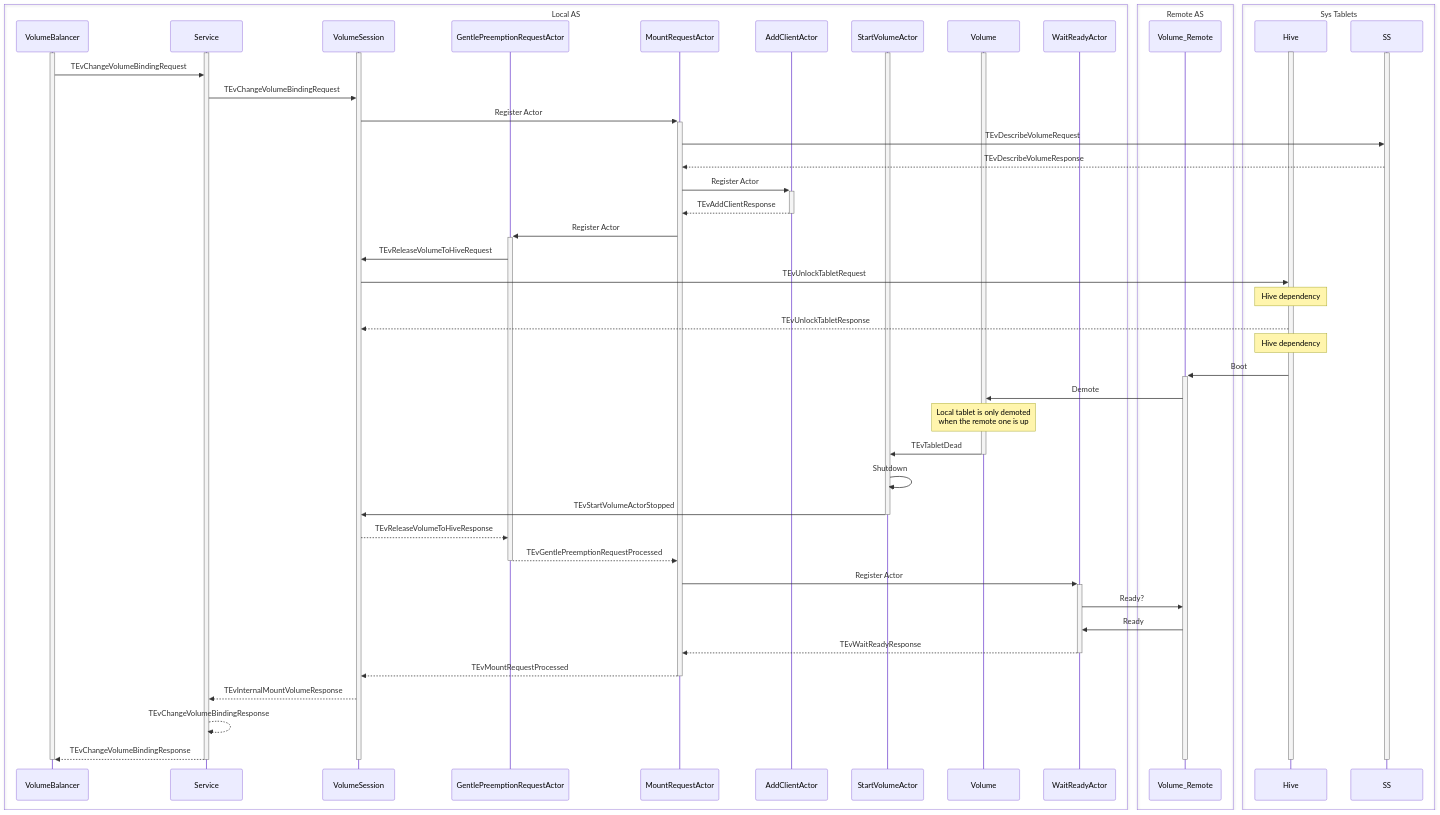
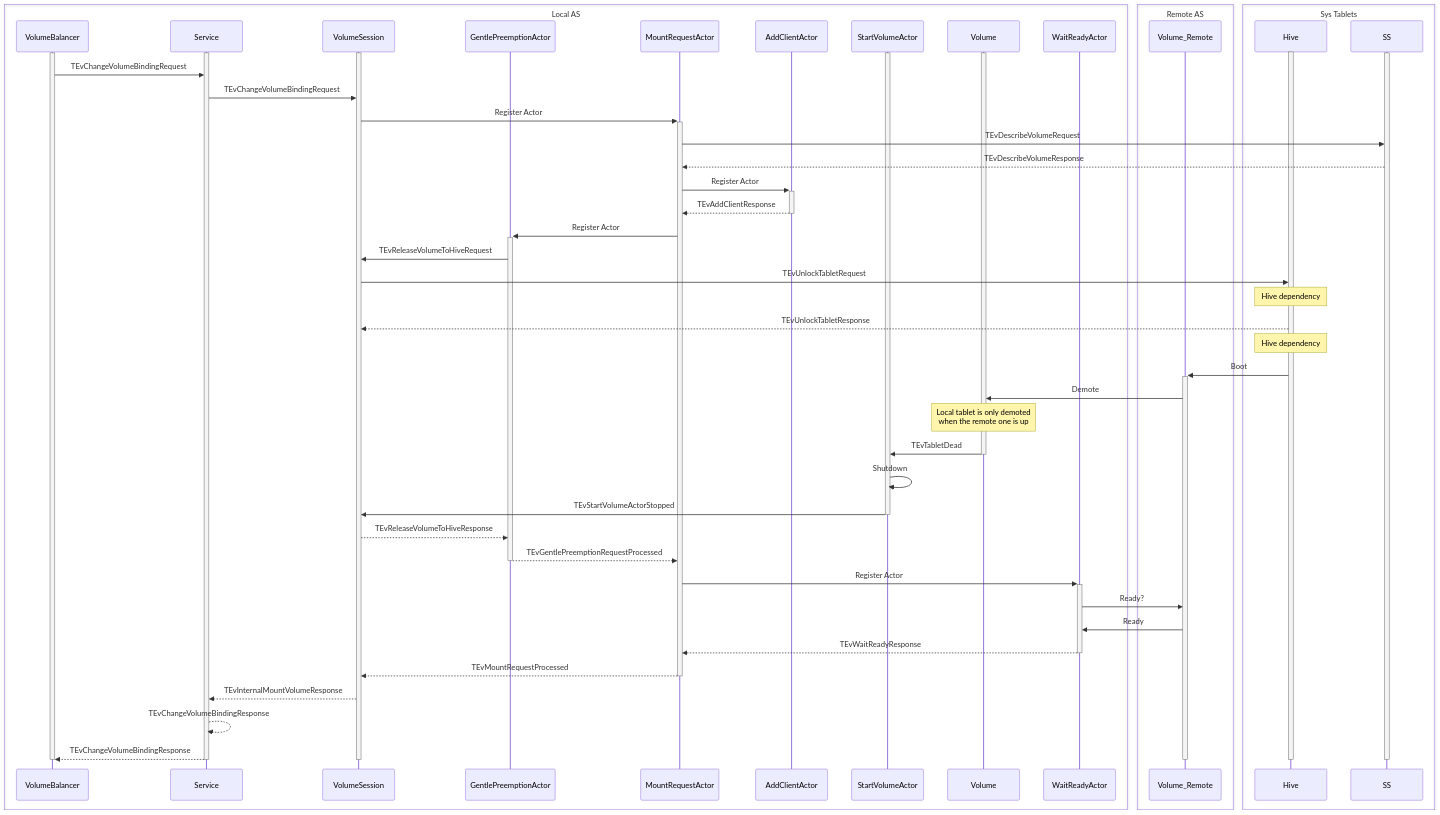
One commit to ydb-platform/nbs changed the second of 2 diagrams in doc/blockstore/storage/volume-balancer.md. Above: the diagram before and after it, drawn with Mermaid. The commit also changed other lines of this file and 4 other files, not shown here.

````diff
--- a/doc/blockstore/storage/volume-balancer.md
+++ b/doc/blockstore/storage/volume-balancer.md
@@ -86,68 +86,68 @@
 ```mermaid
 sequenceDiagram
     box Local AS
         participant VolumeBalancer
         participant Service
         participant VolumeSession
-        participant GentlePreemptionRequestActor
+        participant GentlePreemptionActor
         participant MountRequestActor
         participant AddClientActor
         participant StartVolumeActor
         participant Volume
         participant WaitReadyActor
     end
     box Remote AS
         participant Volume_Remote
     end
     box Sys Tablets
         participant Hive
         participant SS
     end
 
 %%  Initial state
     activate Hive
     activate SS
     activate VolumeBalancer
     activate Service
     activate VolumeSession
     activate Volume
     activate StartVolumeActor
 %%  Initial state
     VolumeBalancer ->> Service: TEvChangeVolumeBindingRequest
     Service ->> VolumeSession: TEvChangeVolumeBindingRequest
     VolumeSession ->>+ MountRequestActor: Register Actor
     MountRequestActor ->> SS: TEvDescribeVolumeRequest
     SS -->> MountRequestActor: TEvDescribeVolumeResponse
     MountRequestActor ->>+ AddClientActor: Register Actor
     AddClientActor -->>- MountRequestActor: TEvAddClientResponse
-    MountRequestActor ->>+ GentlePreemptionRequestActor: Register Actor
-    GentlePreemptionRequestActor ->> VolumeSession: TEvReleaseVolumeToHiveRequest
+    MountRequestActor ->>+ GentlePreemptionActor: Register Actor
+    GentlePreemptionActor ->> VolumeSession: TEvReleaseVolumeToHiveRequest
     VolumeSession ->> Hive: TEvUnlockTabletRequest
     Note over Hive: Hive dependency
     Hive -->> VolumeSession: TEvUnlockTabletResponse
     Note over Hive: Hive dependency
     Hive ->>+ Volume_Remote: Boot
     Volume_Remote ->> Volume: Demote
     Note over Volume: Local tablet is only demoted<br/>when the remote one is up
     Volume ->>- StartVolumeActor: TEvTabletDead
     StartVolumeActor ->> StartVolumeActor: Shutdown
     StartVolumeActor ->>- VolumeSession: TEvStartVolumeActorStopped
-    VolumeSession -->> GentlePreemptionRequestActor: TEvReleaseVolumeToHiveResponse
-    GentlePreemptionRequestActor -->>- MountRequestActor: TEvGentlePreemptionRequestProcessed
+    VolumeSession -->> GentlePreemptionActor: TEvReleaseVolumeToHiveResponse
+    GentlePreemptionActor -->>- MountRequestActor: TEvGentlePreemptionRequestProcessed
     MountRequestActor ->>+ WaitReadyActor: Register Actor
     WaitReadyActor ->> Volume_Remote: Ready?
     Volume_Remote ->> WaitReadyActor: Ready
     WaitReadyActor -->>- MountRequestActor: TEvWaitReadyResponse
     MountRequestActor -->>- VolumeSession: TEvMountRequestProcessed
     VolumeSession -->> Service: TEvInternalMountVolumeResponse
     Service -->> Service: TEvChangeVolumeBindingResponse
     Service -->> VolumeBalancer: TEvChangeVolumeBindingResponse
 %%  Final state
     deactivate Hive
     deactivate SS
     deactivate Volume_Remote
     deactivate VolumeBalancer
     deactivate Service
     deactivate VolumeSession
 %%  Final state
 ```
````
